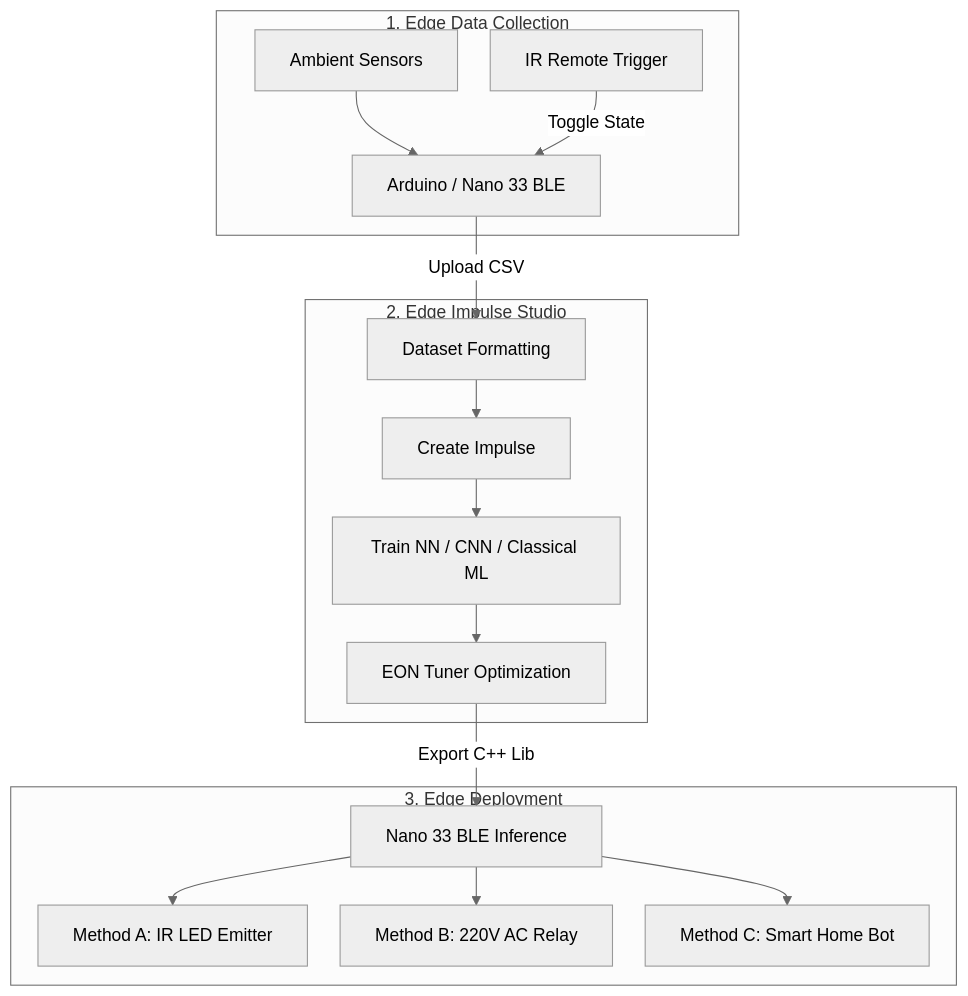
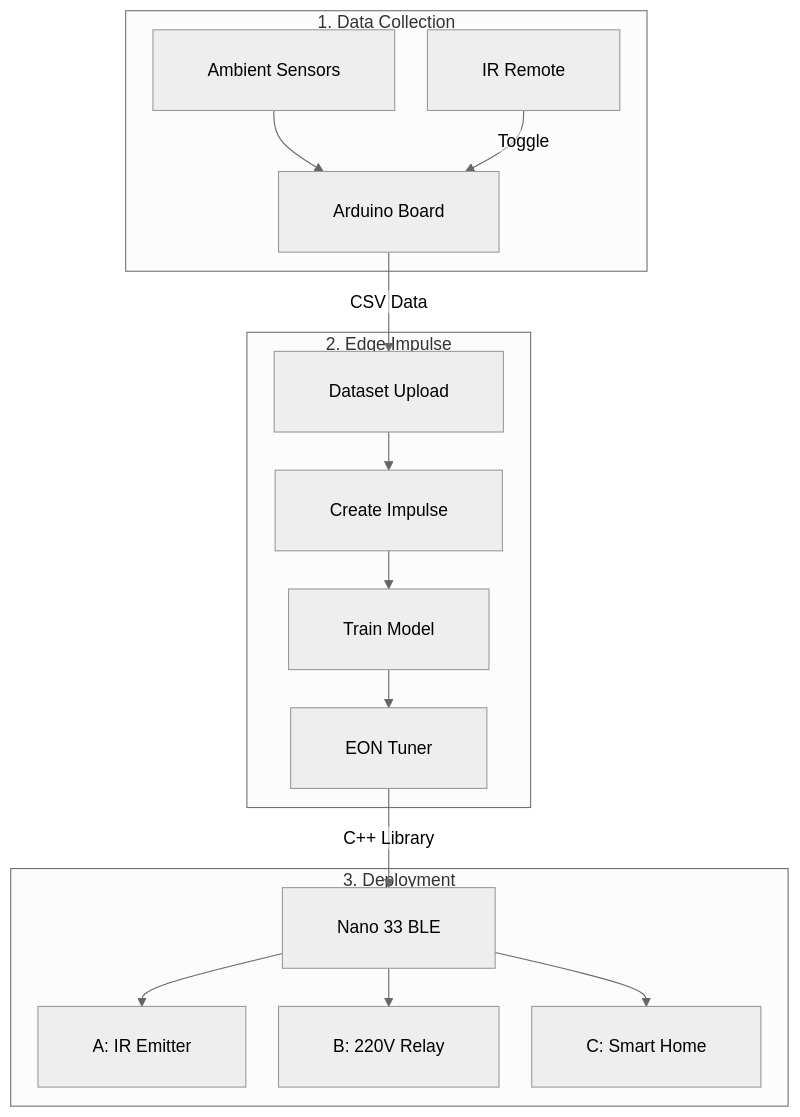
One commit to antor44/Acquisition4microcontrollers changed the second of 2 diagrams in README.md. Above: the diagram before and after it, drawn with Mermaid (neutral theme). The commit also changed other lines of this file, not shown here.

````diff
--- a/README.md
+++ b/README.md
@@ -116,22 +116,22 @@
 ```mermaid
-%%{init: {'flowchart': {'padding': 16, 'nodeSpacing': 30, 'rankSpacing': 35}}}%%
+%%{init: {'flowchart': {'htmlLabels': false, 'padding': 25, 'nodeSpacing': 30, 'rankSpacing': 35}}}%%
 flowchart TD
-    subgraph Phase1 ["1. Edge Data Collection"]
-        S["Ambient Sensors"] --> MCU1["Arduino / Nano 33 BLE"]
-        IR["IR Remote Trigger"] -->|Toggle State| MCU1
+    subgraph Phase1 ["1. Data Collection"]
+        S["Ambient Sensors"] --> MCU1["Arduino Board"]
+        IR["IR Remote"] -->|Toggle| MCU1
     end
 
-    subgraph Phase2 ["2. Edge Impulse Studio"]
-        MCU1 -->|Upload CSV| EI_D["Dataset Formatting"]
+    subgraph Phase2 ["2. Edge Impulse"]
+        MCU1 -->|CSV Data| EI_D["Dataset Upload"]
         EI_D --> EI_I["Create Impulse"]
-        EI_I --> EI_T["Train NN / CNN / Classical ML"]
-        EI_T --> EI_O["EON Tuner Optimization"]
+        EI_I --> EI_T["Train Model"]
+        EI_T --> EI_O["EON Tuner"]
     end
 
-    subgraph Phase3 ["3. Edge Deployment"]
-        EI_O -->|Export C++ Lib| MCU2["Nano 33 BLE Inference"]
-        MCU2 --> ACT1["Method A: IR LED Emitter"]
-        MCU2 --> ACT2["Method B: 220V AC Relay"]
-        MCU2 --> ACT3["Method C: Smart Home Bot"]
+    subgraph Phase3 ["3. Deployment"]
+        EI_O -->|C++ Library| MCU2["Nano 33 BLE"]
+        MCU2 --> ACT1["A: IR Emitter"]
+        MCU2 --> ACT2["B: 220V Relay"]
+        MCU2 --> ACT3["C: Smart Home"]
     end
 ```
````
